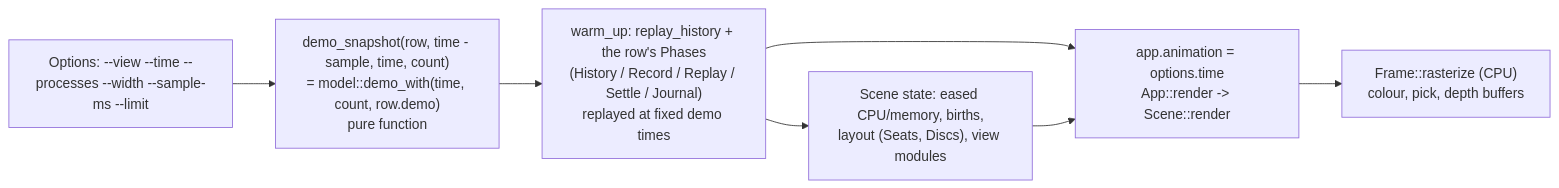
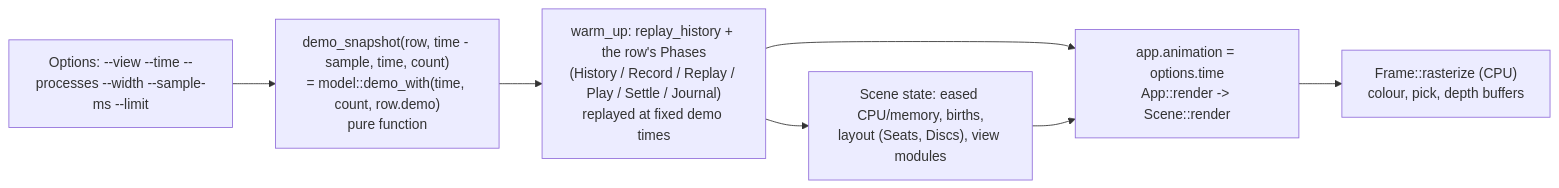
One commit to tfpickard/isotop changed the diagram in wiki/Theory-Determinism.md. Above: the diagram before and after it, drawn with Mermaid. The commit also changed other lines of this file and 17 other files, not shown here.

````diff
--- a/wiki/Theory-Determinism.md
+++ b/wiki/Theory-Determinism.md
@@ -44,10 +54,10 @@
 ```mermaid
 flowchart LR
     O["Options: --view --time --processes --width --sample-ms --limit"] --> D
     D["demo_snapshot(row, time - sample, time, count)<br/>= model::demo_with(time, count, row.demo)<br/>pure function"] --> W
-    W["warm_up: replay_history + the row's Phases<br/>(History / Record / Replay / Settle / Journal)<br/>replayed at fixed demo times"] --> R
+    W["warm_up: replay_history + the row's Phases<br/>(History / Record / Replay / Play / Settle / Journal)<br/>replayed at fixed demo times"] --> R
     R["app.animation = options.time<br/>App::render -> Scene::render"] --> F
     F["Frame::rasterize (CPU)<br/>colour, pick, depth buffers"]
     S["Scene state: eased CPU/memory, births,<br/>layout (Seats, Discs), view modules"] --> R
     W --> S
 ```
````
